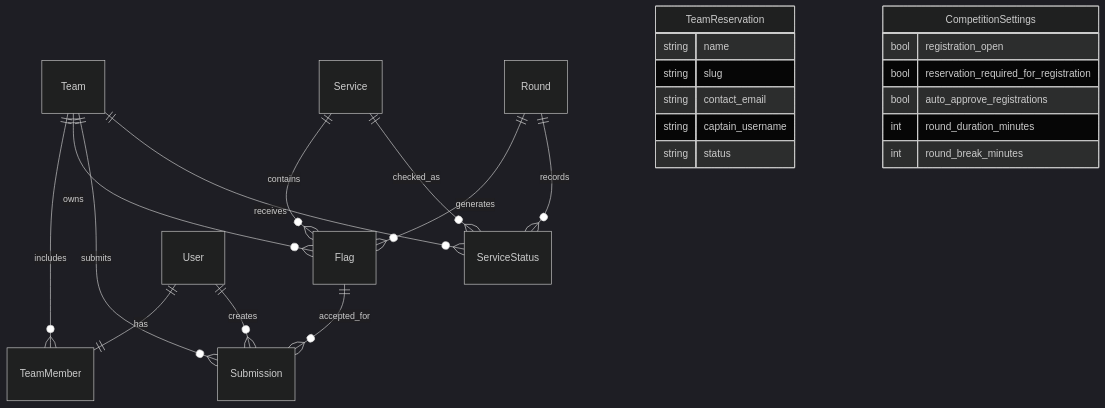
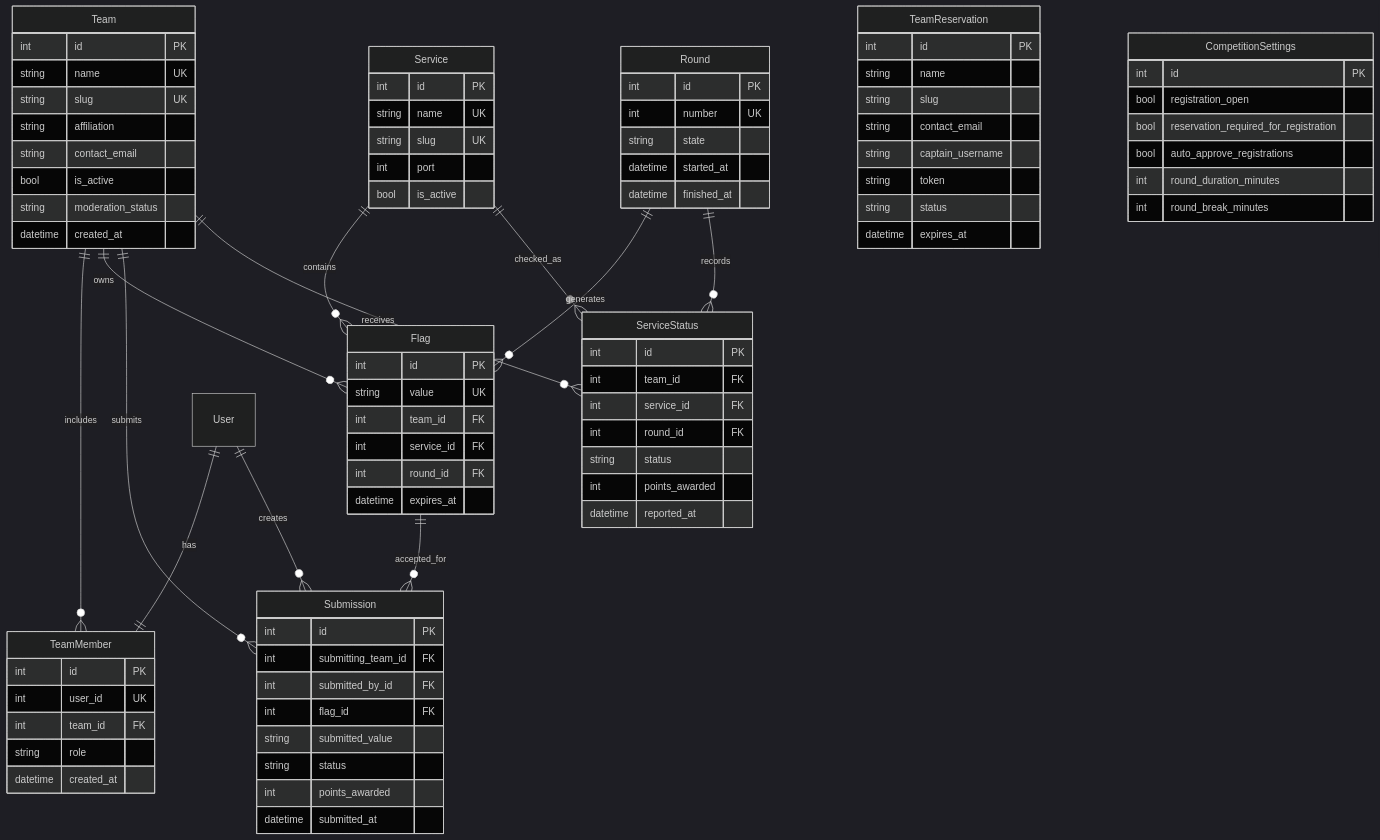
Before and after one commit to cjimhanter/baltctf: the second of 3 diagrams in docs/diploma/07-figures.md, drawn with Mermaid (dark theme). The commit also changed other lines of this file and 5 other files, not shown here.

````diff
--- a/docs/diploma/07-figures.md
+++ b/docs/diploma/07-figures.md
@@ -44,19 +44,88 @@
     Round ||--o{ ServiceStatus : records
     Flag ||--o{ Submission : accepted_for
 
+    Team {
+        int id PK
+        string name UK
+        string slug UK
+        string affiliation
+        string contact_email
+        bool is_active
+        string moderation_status
+        datetime created_at
+    }
+
+    TeamMember {
+        int id PK
+        int user_id UK
+        int team_id FK
+        string role
+        datetime created_at
+    }
+
     TeamReservation {
+        int id PK
         string name
         string slug
         string contact_email
         string captain_username
+        string token
         string status
+        datetime expires_at
     }
 
     CompetitionSettings {
+        int id PK
         bool registration_open
         bool reservation_required_for_registration
         bool auto_approve_registrations
         int round_duration_minutes
         int round_break_minutes
     }
+
+    Service {
+        int id PK
+        string name UK
+        string slug UK
+        int port
+        bool is_active
+    }
+
+    Round {
+        int id PK
+        int number UK
+        string state
+        datetime started_at
+        datetime finished_at
+    }
+
+    Flag {
+        int id PK
+        string value UK
+        int team_id FK
+        int service_id FK
+        int round_id FK
+        datetime expires_at
+    }
+
+    Submission {
+        int id PK
+        int submitting_team_id FK
+        int submitted_by_id FK
+        int flag_id FK
+        string submitted_value
+        string status
+        int points_awarded
+        datetime submitted_at
+    }
+
+    ServiceStatus {
+        int id PK
+        int team_id FK
+        int service_id FK
+        int round_id FK
+        string status
+        int points_awarded
+        datetime reported_at
+    }
 ```
````
